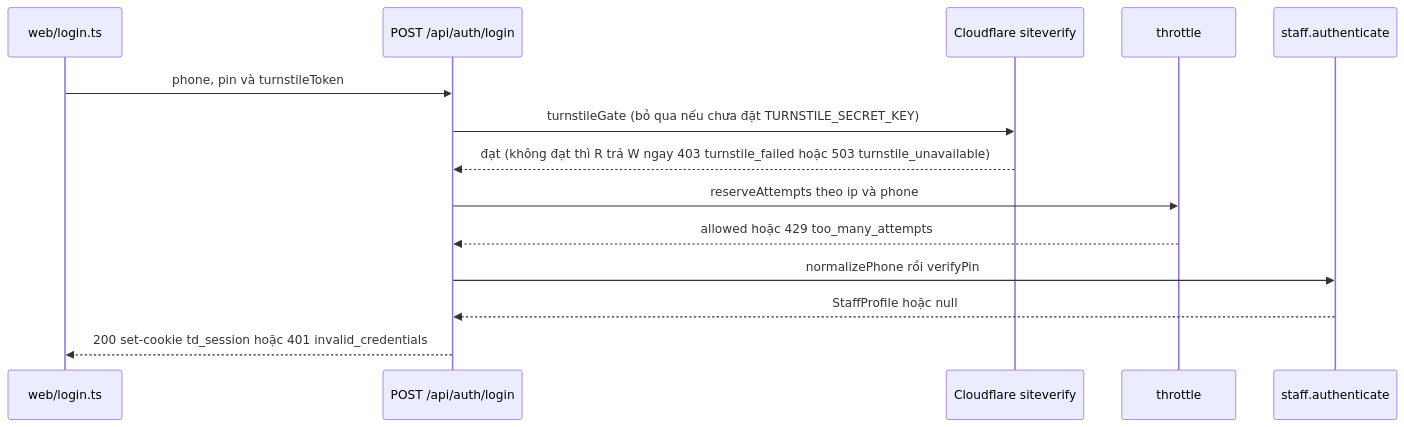
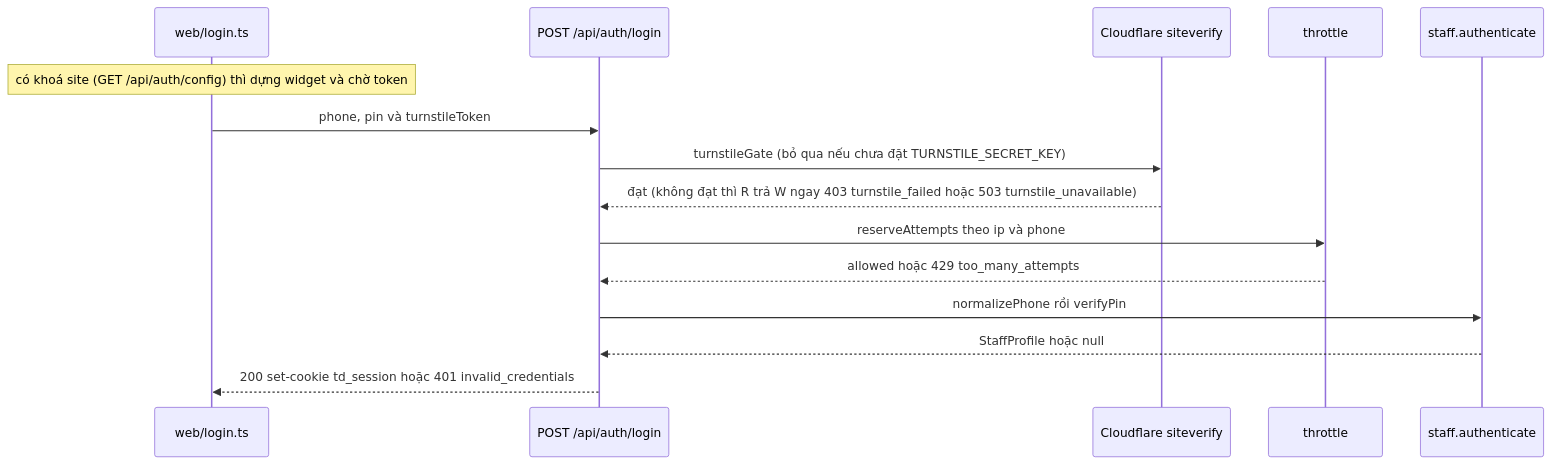
The fourth of 4 diagrams in docs/SYSTEM-DESIGN.md (luutuanvu1010/tourdaobooking), drawn with Mermaid before and after one commit. The commit also changed other lines of this file and 22 other files, not shown here.

````diff
--- a/docs/SYSTEM-DESIGN.md
+++ b/docs/SYSTEM-DESIGN.md
@@ -250,16 +250,17 @@
 ```mermaid
 sequenceDiagram
   participant W as web/login.ts
   participant R as POST /api/auth/login
   participant C as Cloudflare siteverify
   participant T as throttle
   participant S as staff.authenticate
+  Note over W: có khoá site (GET /api/auth/config) thì dựng widget và chờ token
   W->>R: phone, pin và turnstileToken
   R->>C: turnstileGate (bỏ qua nếu chưa đặt TURNSTILE_SECRET_KEY)
   C-->>R: đạt (không đạt thì R trả W ngay 403 turnstile_failed hoặc 503 turnstile_unavailable)
   R->>T: reserveAttempts theo ip và phone
   T-->>R: allowed hoặc 429 too_many_attempts
   R->>S: normalizePhone rồi verifyPin
   S-->>R: StaffProfile hoặc null
   R-->>W: 200 set-cookie td_session hoặc 401 invalid_credentials
 ```
````
